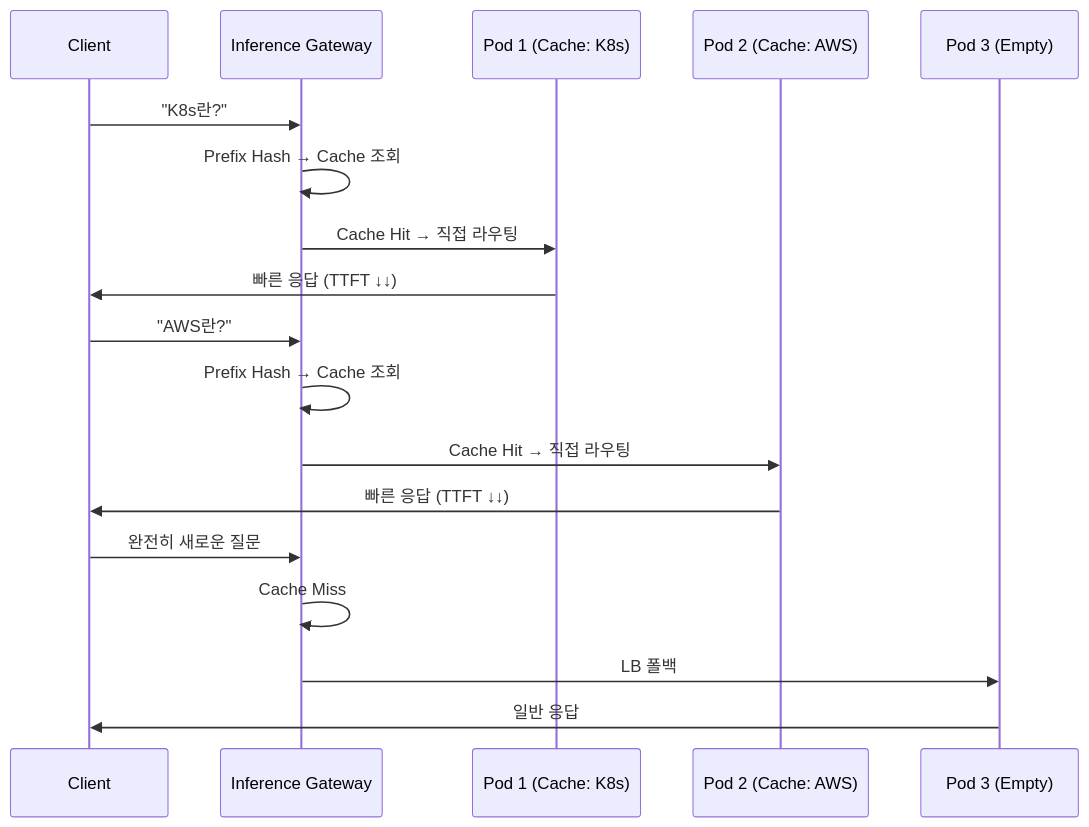
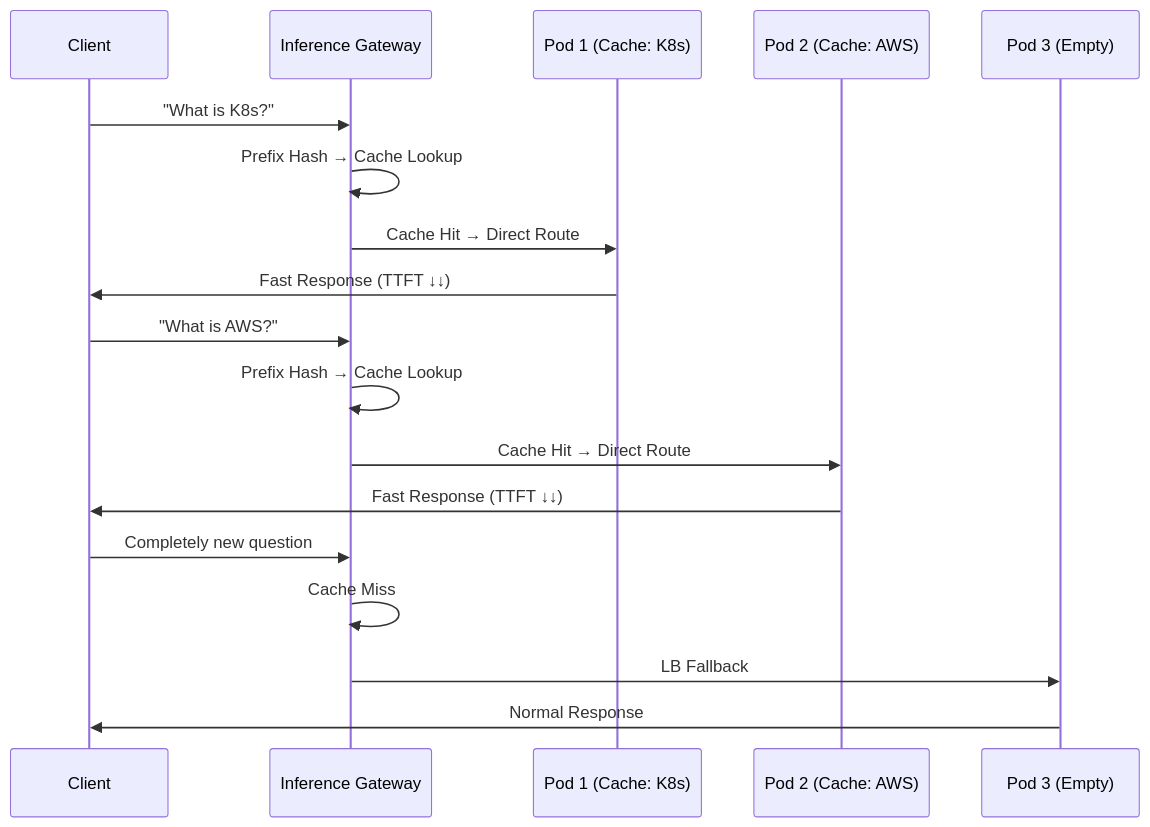
Before and after one commit to devfloor9/engineering-playbook: the second of 3 diagrams in i18n/en/docusaurus-plugin-content-docs/current/agentic-ai-platform/model-serving/inference-optimization/kv-cache-optimization.md, drawn with Mermaid. The commit also changed other lines of this file and 72 other files, not shown here.

````diff
--- a/i18n/en/docusaurus-plugin-content-docs/current/agentic-ai-platform/model-serving/inference-optimization/kv-cache-optimization.md
+++ b/i18n/en/docusaurus-plugin-content-docs/current/agentic-ai-platform/model-serving/inference-optimization/kv-cache-optimization.md
@@ -117,23 +117,23 @@
 ```mermaid
 sequenceDiagram
     participant C as Client
     participant GW as Inference Gateway
     participant P1 as Pod 1 (Cache: K8s)
     participant P2 as Pod 2 (Cache: AWS)
     participant P3 as Pod 3 (Empty)
 
-    C->>GW: "K8s란?"
-    GW->>GW: Prefix Hash → Cache 조회
-    GW->>P1: Cache Hit → 직접 라우팅
-    P1->>C: 빠른 응답 (TTFT ↓↓)
+    C->>GW: "What is K8s?"
+    GW->>GW: Prefix Hash → Cache Lookup
+    GW->>P1: Cache Hit → Direct Route
+    P1->>C: Fast Response (TTFT ↓↓)
 
-    C->>GW: "AWS란?"
-    GW->>GW: Prefix Hash → Cache 조회
-    GW->>P2: Cache Hit → 직접 라우팅
-    P2->>C: 빠른 응답 (TTFT ↓↓)
+    C->>GW: "What is AWS?"
+    GW->>GW: Prefix Hash → Cache Lookup
+    GW->>P2: Cache Hit → Direct Route
+    P2->>C: Fast Response (TTFT ↓↓)
 
-    C->>GW: 완전히 새로운 질문
+    C->>GW: Completely new question
     GW->>GW: Cache Miss
-    GW->>P3: LB 폴백
-    P3->>C: 일반 응답
+    GW->>P3: LB Fallback
+    P3->>C: Normal Response
 ```
````
